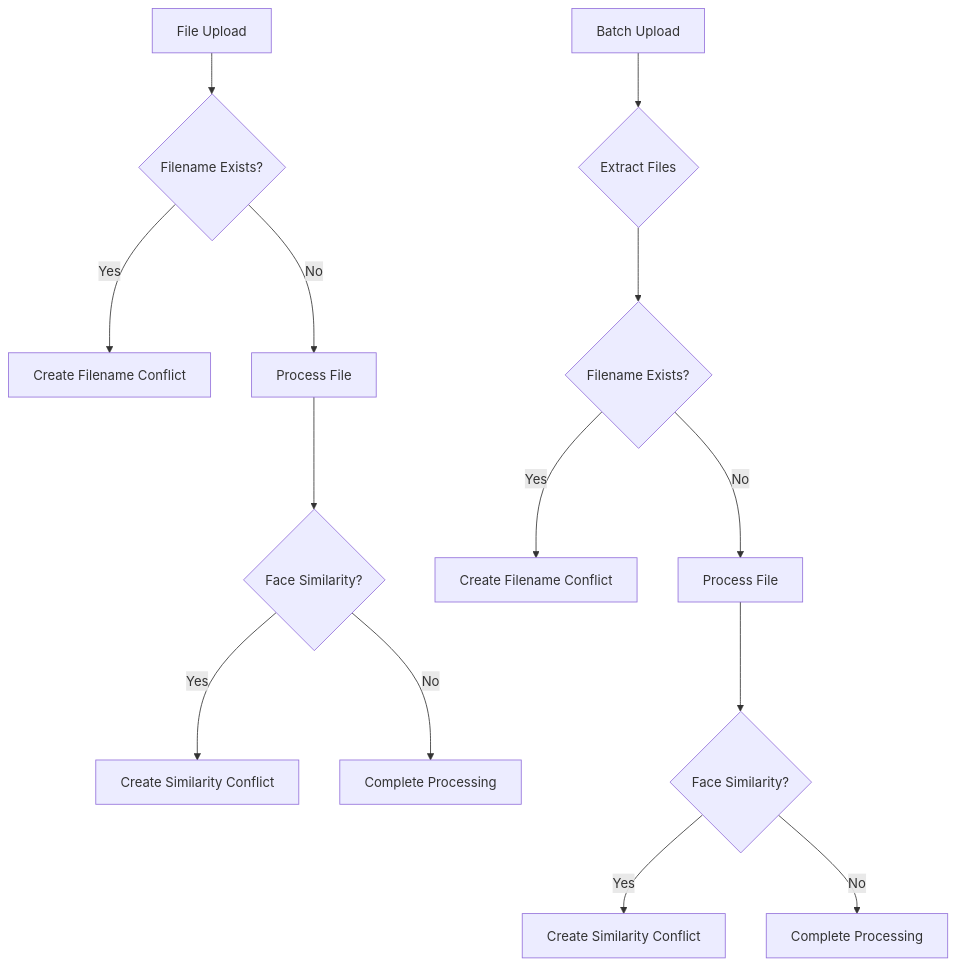
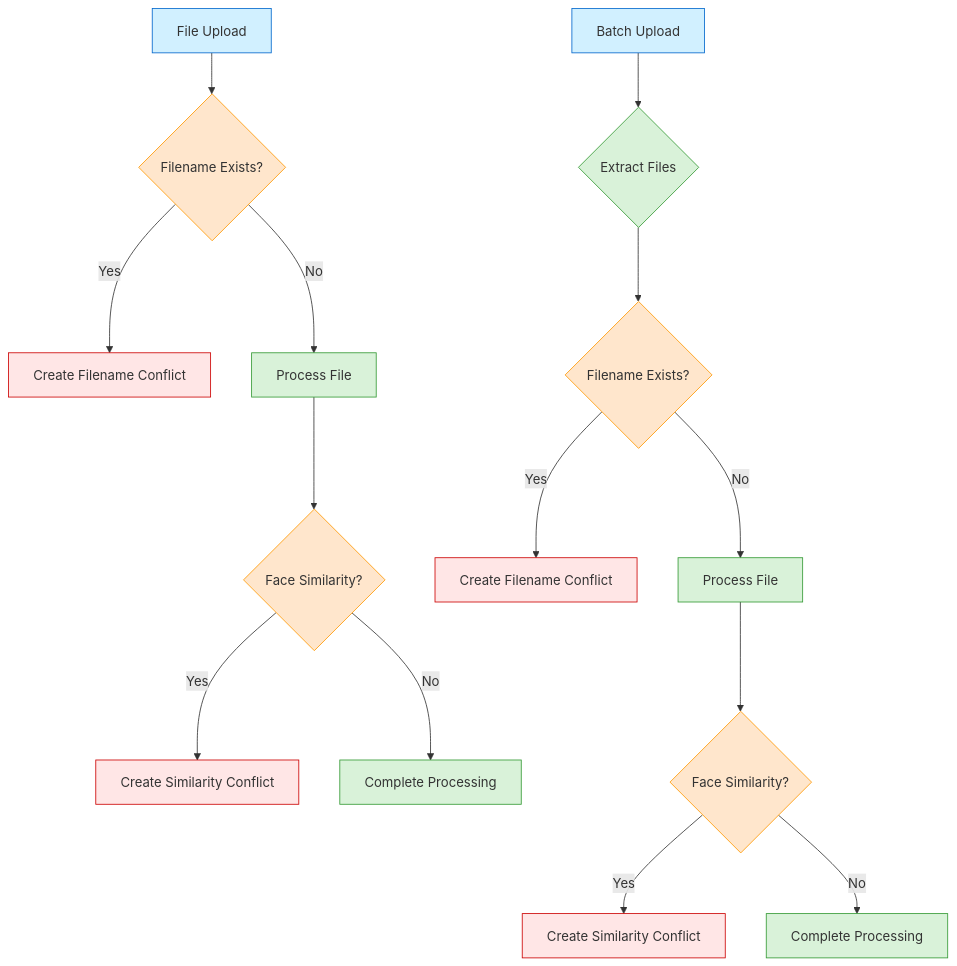
One commit to fares1919-ltrch/Backend-stage changed the second of 5 diagrams in Documentation/Conflict.md. Above: the diagram before and after it, drawn with Mermaid. The commit also changed other lines of this file and 9 other files, not shown here.

````diff
--- a/Documentation/Conflict.md
+++ b/Documentation/Conflict.md
@@ -17,17 +65,33 @@
 ```mermaid
 flowchart TD
     A[File Upload] --> B{Filename Exists?}
     B -->|Yes| C[Create Filename Conflict]
     B -->|No| D[Process File]
     D --> E{Face Similarity?}
     E -->|Yes| F[Create Similarity Conflict]
     E -->|No| G[Complete Processing]
-    
+
     H[Batch Upload] --> I{Extract Files}
     I --> J{Filename Exists?}
     J -->|Yes| K[Create Filename Conflict]
     J -->|No| L[Process File]
     L --> M{Face Similarity?}
     M -->|Yes| N[Create Similarity Conflict]
     M -->|No| O[Complete Processing]
+
+    style A fill:#d1f0ff,stroke:#0066cc
+    style B fill:#ffe6cc,stroke:#ff9900
+    style C fill:#ffe6e6,stroke:#cc0000
+    style D fill:#d9f2d9,stroke:#339933
+    style E fill:#ffe6cc,stroke:#ff9900
+    style F fill:#ffe6e6,stroke:#cc0000
+    style G fill:#d9f2d9,stroke:#339933
+    style H fill:#d1f0ff,stroke:#0066cc
+    style I fill:#d9f2d9,stroke:#339933
+    style J fill:#ffe6cc,stroke:#ff9900
+    style K fill:#ffe6e6,stroke:#cc0000
+    style L fill:#d9f2d9,stroke:#339933
+    style M fill:#ffe6cc,stroke:#ff9900
+    style N fill:#ffe6e6,stroke:#cc0000
+    style O fill:#d9f2d9,stroke:#339933
 ```
````
